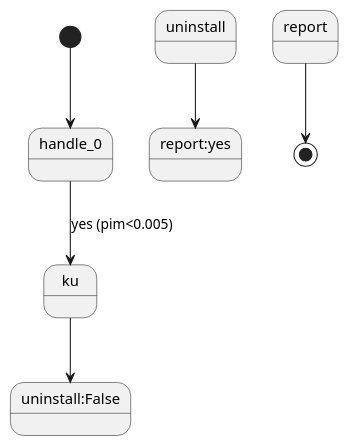
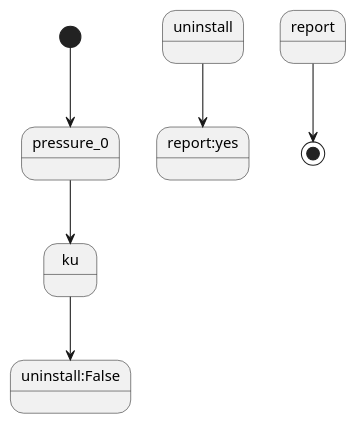
Before and after one commit to Alser69rus/A3135: the diagram in uml/ku 215/end.puml, drawn with PlantUML. The commit also changed 9 other files, not shown here.

Commit message:
uml для КУ

```diff
--- a/uml/ku 215/end.puml
+++ b/uml/ku 215/end.puml
@@ -1,7 +1,7 @@
 @startuml
-[*]-->handle_0
-handle_0-->ku:yes (pim<0.005)
+[*]-->pressure_0
+pressure_0-->ku
 ku-->uninstall:False
 uninstall-->report:yes
 report-->[*]
 @enduml
```
